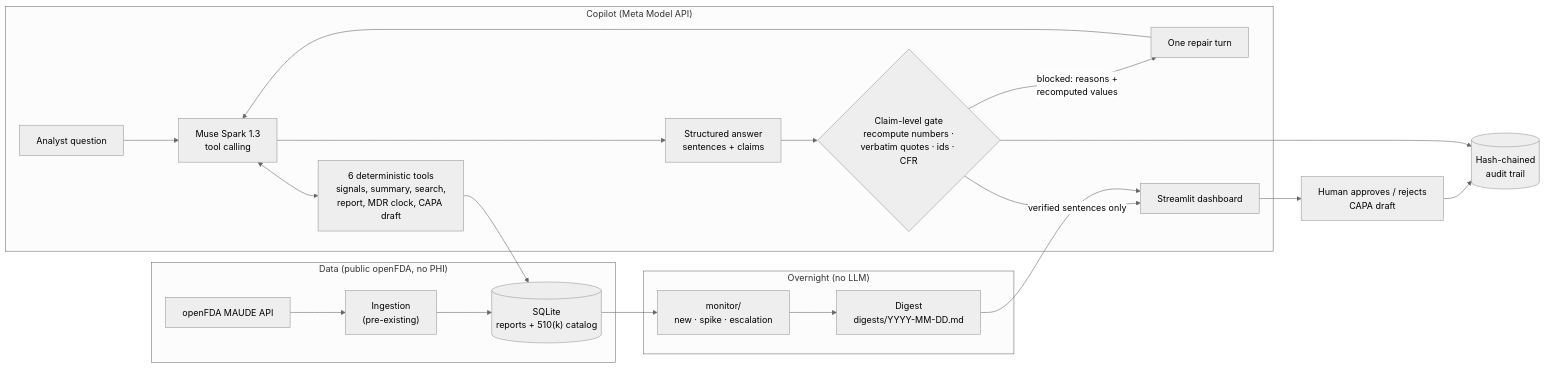
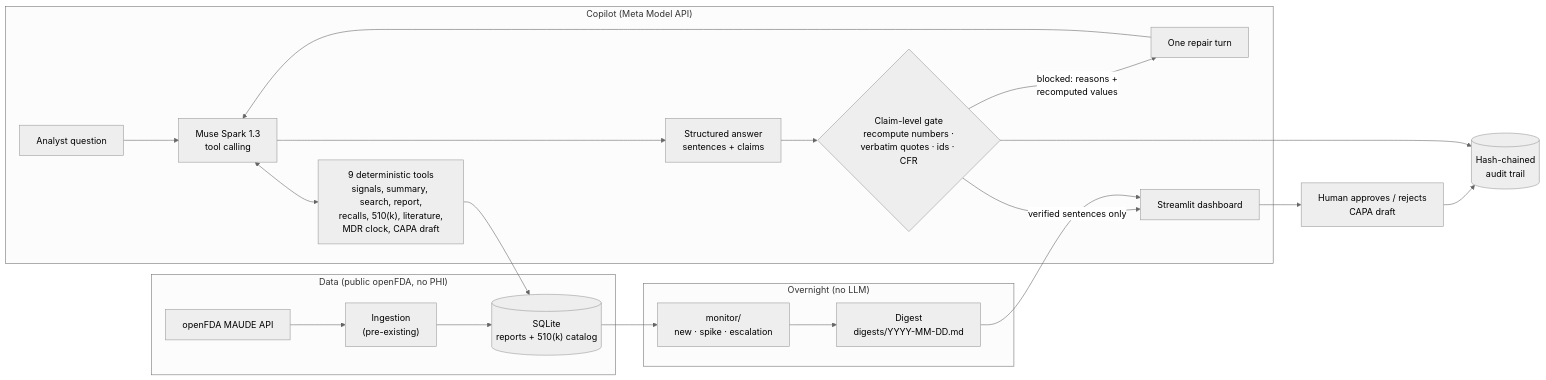
The diagram in docs/architecture.mmd (kondapallysaicharan63-bot/maudesignal), drawn with Mermaid (neutral theme) before and after one commit. The commit also changed 6 other files, not shown here.

```diff
--- a/docs/architecture.mmd
+++ b/docs/architecture.mmd
@@ -1,26 +1,26 @@
 flowchart LR
     subgraph data["Data (public openFDA, no PHI)"]
         FDA["openFDA MAUDE API"] --> ING["Ingestion<br/>(pre-existing)"]
         ING --> DB[("SQLite<br/>reports + 510(k) catalog")]
     end
 
     subgraph overnight["Overnight (no LLM)"]
         DB --> MON["monitor/<br/>new · spike · escalation"]
         MON --> DIG["Digest<br/>digests/YYYY-MM-DD.md"]
     end
 
     subgraph copilot["Copilot (Meta Model API)"]
         Q["Analyst question"] --> SPARK["Muse Spark 1.3<br/>tool calling"]
-        SPARK <--> TOOLS["6 deterministic tools<br/>signals, summary, search,<br/>report, MDR clock, CAPA draft"]
+        SPARK <--> TOOLS["9 deterministic tools<br/>signals, summary, search, report,<br/>recalls, 510(k), literature,<br/>MDR clock, CAPA draft"]
         TOOLS --> DB
         SPARK --> ANS["Structured answer<br/>sentences + claims"]
         ANS --> GATE{"Claim-level gate<br/>recompute numbers ·<br/>verbatim quotes · ids · CFR"}
         GATE -- "blocked: reasons +<br/>recomputed values" --> REPAIR["One repair turn"]
         REPAIR --> SPARK
         GATE -- "verified sentences only" --> UI["Streamlit dashboard"]
     end
 
     DIG --> UI
     UI --> ACT["Human approves / rejects<br/>CAPA draft"]
     ACT --> AUDIT[("Hash-chained<br/>audit trail")]
     GATE --> AUDIT
```
